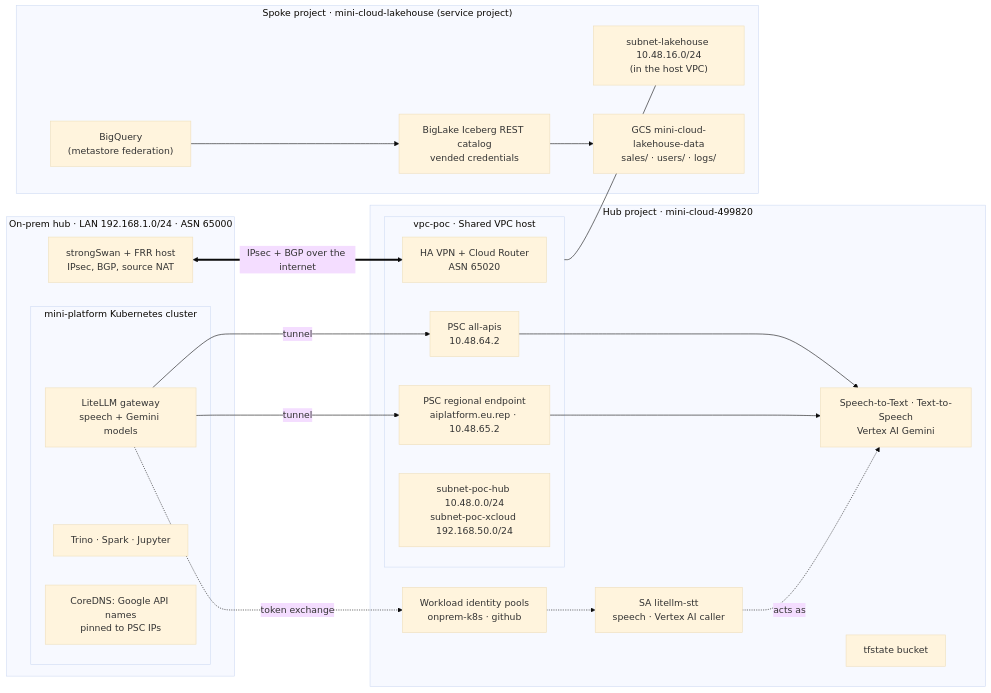
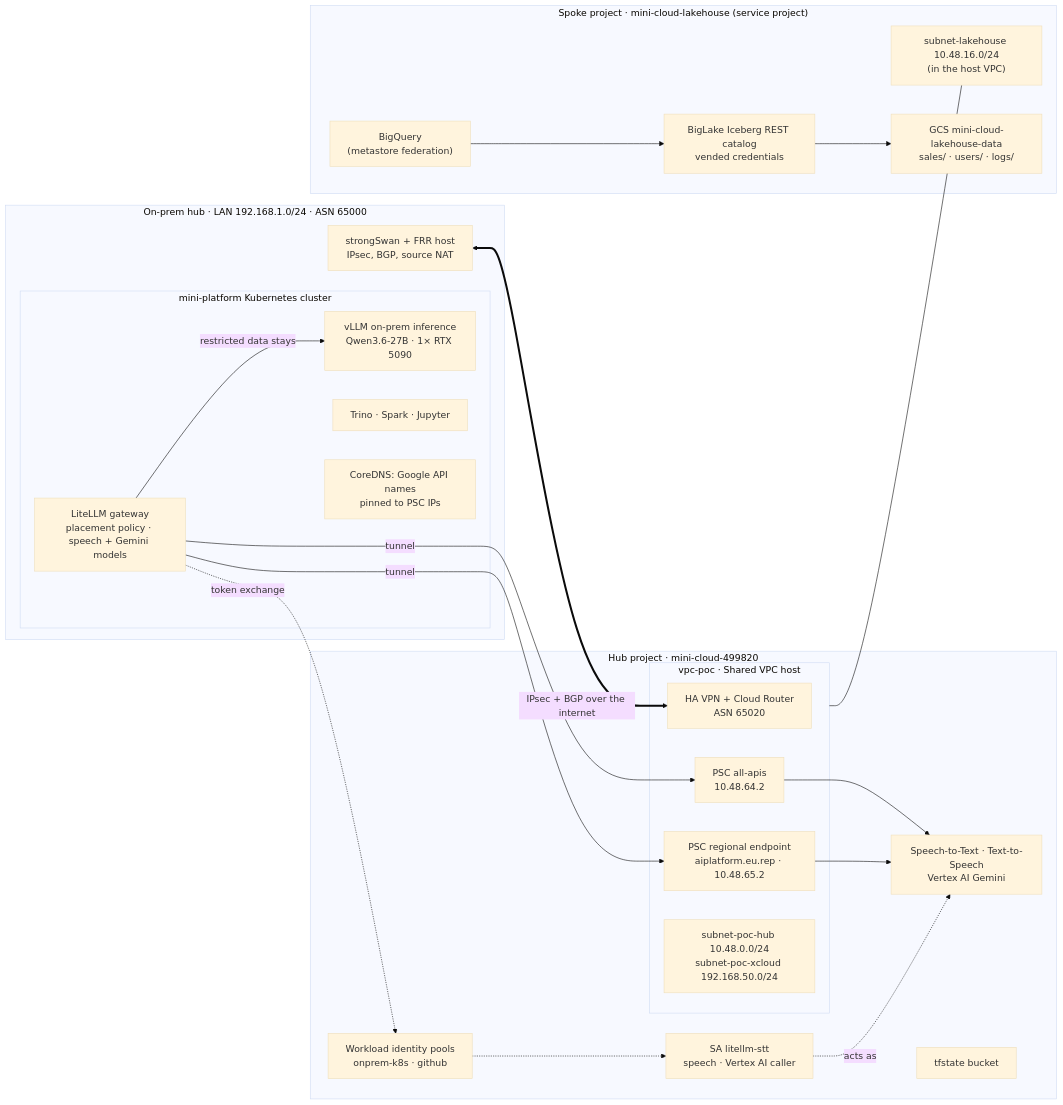
The diagram in docs/gcp/README.md (nolimitkun/mini-cloud), drawn with Mermaid (base theme) before and after one commit. The commit also changed other lines of this file and 7 other files, not shown here.

First line of the commit message:
docs(gcp): hybrid AI inference design, on-prem and GCP behind one gateway (#28)

````diff
--- a/docs/gcp/README.md
+++ b/docs/gcp/README.md
@@ -22,43 +22,45 @@
 ```mermaid
 flowchart LR
     subgraph onprem["On-prem hub · LAN 192.168.1.0/24 · ASN 65000"]
         gw["strongSwan + FRR host<br/>IPsec, BGP, source NAT"]
         subgraph k8s["mini-platform Kubernetes cluster"]
-            litellm["LiteLLM gateway<br/>speech + Gemini models"]
+            litellm["LiteLLM gateway<br/>placement policy · speech + Gemini models"]
+            vllm["vLLM on-prem inference<br/>Qwen3.6-27B · 1× RTX 5090"]
             engines["Trino · Spark · Jupyter"]
             dns["CoreDNS: Google API names<br/>pinned to PSC IPs"]
         end
     end
 
     subgraph hub["Hub project · mini-cloud-499820"]
         subgraph vpc["vpc-poc · Shared VPC host"]
             vpn["HA VPN + Cloud Router<br/>ASN 65020"]
             psc["PSC all-apis<br/>10.48.64.2"]
             rep["PSC regional endpoint<br/>aiplatform.eu.rep · 10.48.65.2"]
             subhub["subnet-poc-hub 10.48.0.0/24<br/>subnet-poc-xcloud 192.168.50.0/24"]
         end
         wif["Workload identity pools<br/>onprem-k8s · github"]
         sa["SA litellm-stt<br/>speech · Vertex AI caller"]
         apis["Speech-to-Text · Text-to-Speech<br/>Vertex AI Gemini"]
         state["tfstate bucket"]
     end
 
     subgraph spoke["Spoke project · mini-cloud-lakehouse (service project)"]
         sublh["subnet-lakehouse 10.48.16.0/24<br/>(in the host VPC)"]
         gcs["GCS mini-cloud-lakehouse-data<br/>sales/ · users/ · logs/"]
         cat["BigLake Iceberg REST catalog<br/>vended credentials"]
         bq["BigQuery<br/>(metastore federation)"]
     end
 
     gw <==>|"IPsec + BGP over the internet"| vpn
+    litellm -->|"restricted data stays"| vllm
     litellm -.->|"token exchange"| wif
     wif -.-> sa
     litellm -->|"tunnel"| psc
     litellm -->|"tunnel"| rep
     psc --> apis
     rep --> apis
     sa -.->|"acts as"| apis
     cat --> gcs
     bq --> cat
     vpc --- sublh
 ```
````
